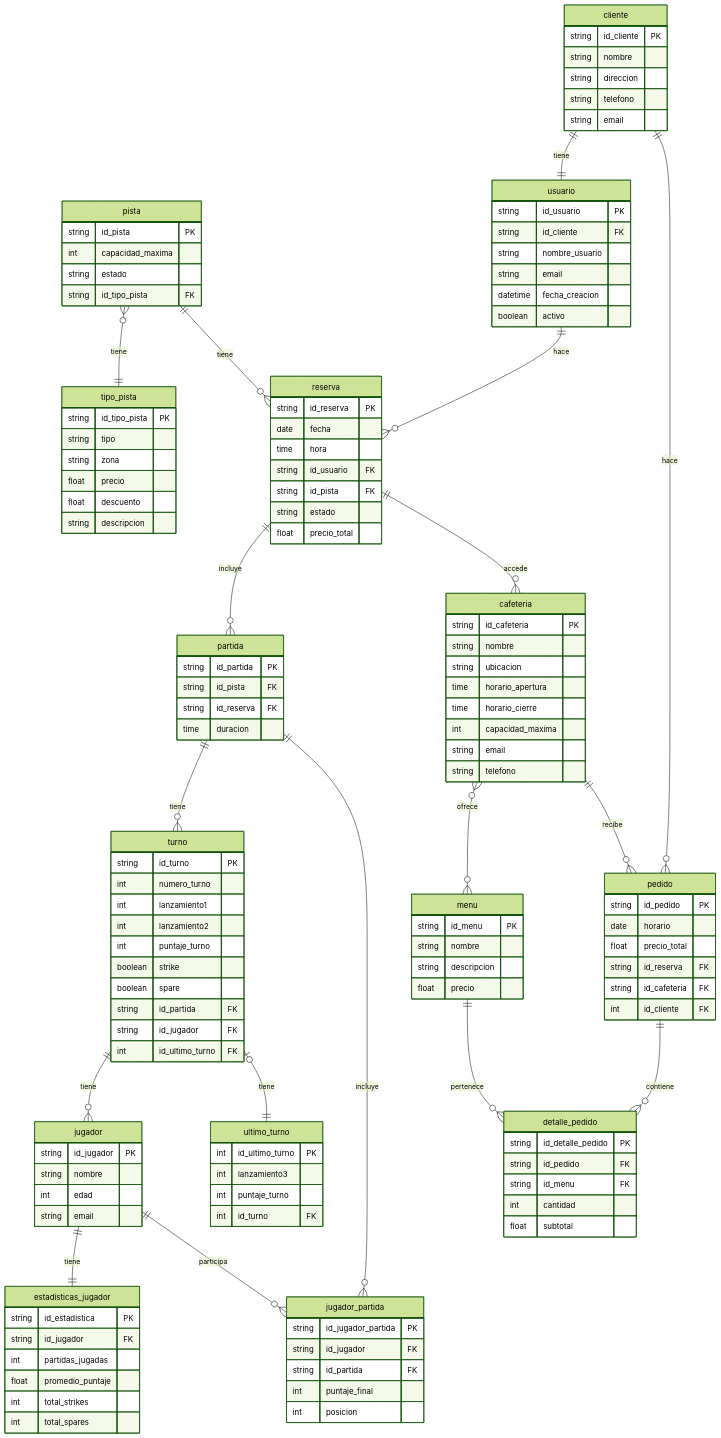
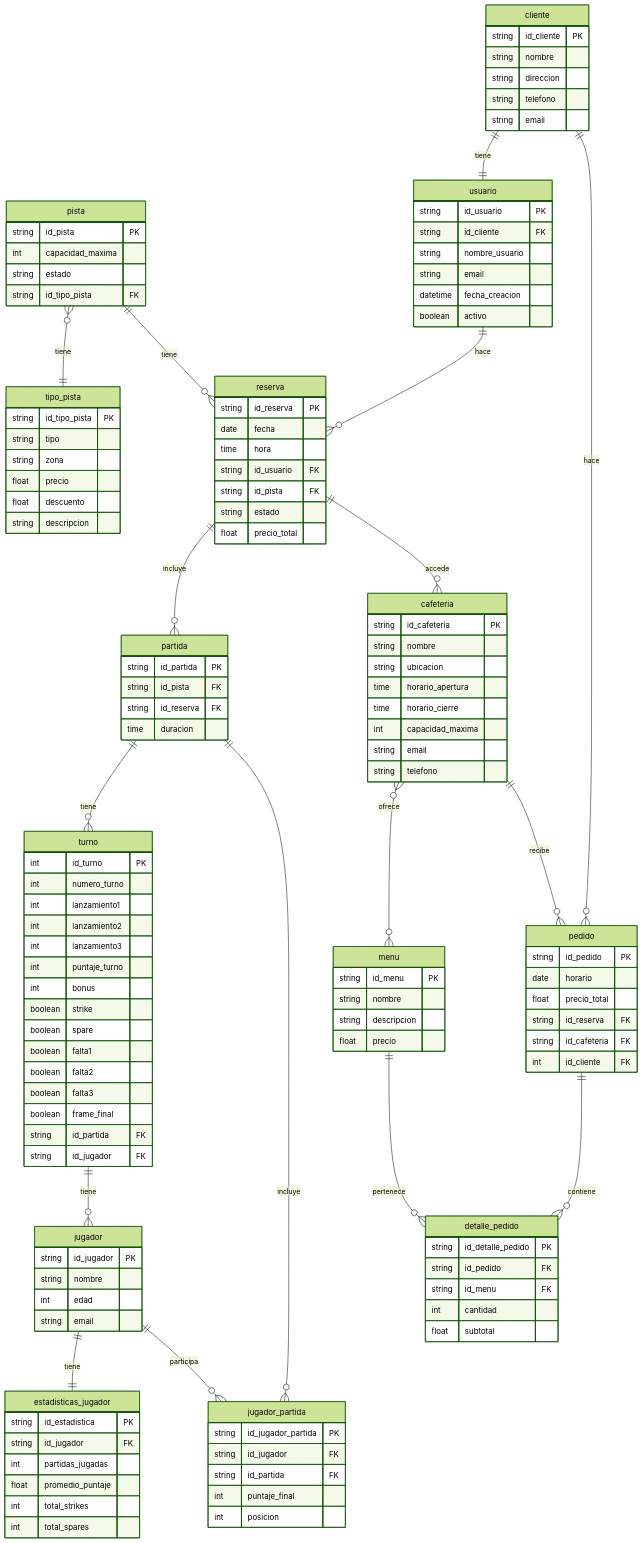
The diagram in centro_bowling.mermaid (Villada-PG3/trabajo-practico-integrador-centro-bowling), drawn with Mermaid (forest theme) before and after one commit.

Commit message:
elimino ultimo_turno (correcc Teo)

```diff
--- a/centro_bowling.mermaid
+++ b/centro_bowling.mermaid
@@ -1,146 +1,144 @@
 erDiagram
     jugador ||--|| estadisticas_jugador : tiene
     pista }o--|| tipo_pista : tiene
     pista ||--o{ reserva : tiene
     usuario ||--o{ reserva : hace
     reserva ||--o{ partida : incluye
     partida ||--o{ turno : tiene
     turno ||--o{ jugador : tiene
     reserva ||--o{ cafeteria : accede
     cafeteria }o--o{ menu : ofrece
     cafeteria ||--o{ pedido : recibe
     jugador ||--o{ jugador_partida : participa
     partida ||--o{ jugador_partida : incluye
     pedido ||--o{ detalle_pedido : contiene
     menu ||--o{ detalle_pedido : pertenece
     cliente ||--|| usuario : tiene
     cliente ||--o{ pedido : hace
-    turno o|--|| ultimo_turno : tiene
 
     estadisticas_jugador {
         string id_estadistica PK
         string id_jugador FK
         int partidas_jugadas
         float promedio_puntaje
         int total_strikes
         int total_spares
     }
 
     usuario {
         string id_usuario PK
         string id_cliente FK
         string nombre_usuario
         string email
         datetime fecha_creacion
         boolean activo
     }
 
     pista {
         string id_pista PK
         int capacidad_maxima
         string estado
         string id_tipo_pista FK
     }
 
     tipo_pista {
         string id_tipo_pista PK
         string tipo
         string zona
         float precio
         float descuento
         string descripcion
     }
 
     cafeteria {
         string id_cafeteria PK
         string nombre
         string ubicacion
         time horario_apertura
         time horario_cierre
         int capacidad_maxima
         string email
         string telefono
     }
 
     menu {
         string id_menu PK
         string nombre
         string descripcion
         float precio
     }
 
     pedido {
         string id_pedido PK
         date horario
         float precio_total
         string id_reserva FK
         string id_cafeteria FK
         int id_cliente FK
     }
 
     detalle_pedido {
         string id_detalle_pedido PK
         string id_pedido FK
         string id_menu FK
         int cantidad
         float subtotal
     }
 
     cliente {
         string id_cliente PK
         string nombre
         string direccion
         string telefono
         string email
     }
 
     reserva {
         string id_reserva PK
         date fecha
         time hora
         string id_usuario FK
         string id_pista FK
         string estado
         float precio_total
     }
 
     partida {
         string id_partida PK
         string id_pista FK
         string id_reserva FK
         time duracion
     }
 
     jugador {
         string id_jugador PK
         string nombre
         int edad
         string email
     }    
 
     jugador_partida {
         string id_jugador_partida PK
         string id_jugador FK
         string id_partida FK
         int puntaje_final
         int posicion
     }
 
-    turno {
-        string id_turno PK
-        int numero_turno
-        int lanzamiento1
-        int lanzamiento2
-        int puntaje_turno
-        boolean strike
-        boolean spare
-        string id_partida FK
-        string id_jugador FK
-        int id_ultimo_turno FK
-    }
-    ultimo_turno {
-        int id_ultimo_turno PK
-        int lanzamiento3
-        int puntaje_turno
-        int id_turno FK
-    }
+     turno {
+    int id_turno PK
+    int numero_turno
+    int lanzamiento1
+    int lanzamiento2
+    int lanzamiento3         
+    int puntaje_turno
+    int bonus
+    boolean strike
+    boolean spare
+    boolean falta1
+    boolean falta2
+    boolean falta3      
+    boolean frame_final
+    string id_partida FK
+    string id_jugador FK
+}
```
